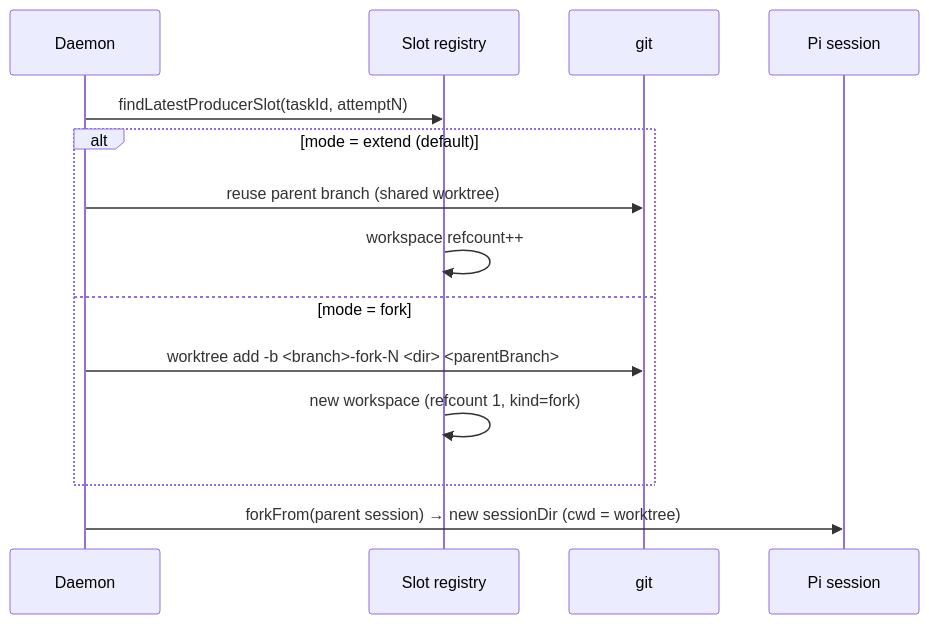
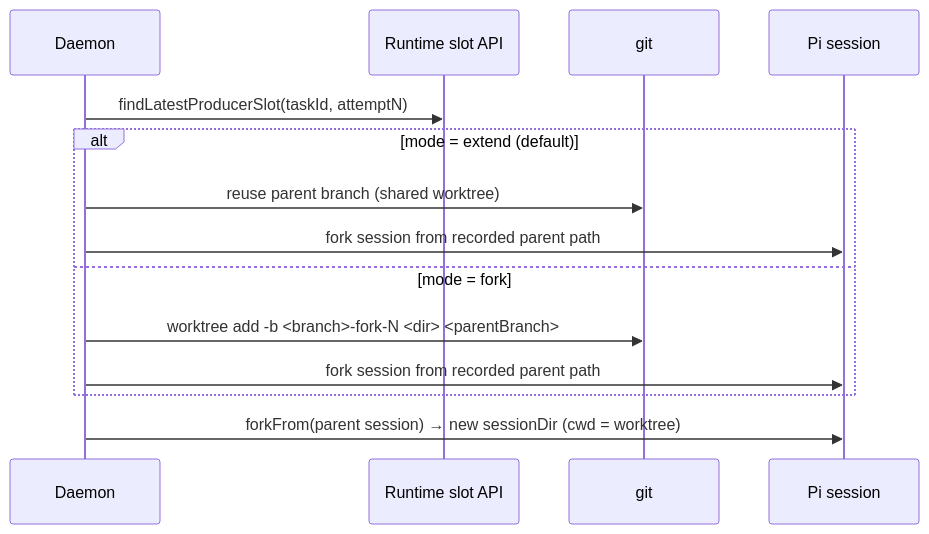
Diagram 12 of 15 in docs/understand/architecture.md (getlarge/themoltnet), drawn with Mermaid before and after one commit. The commit also changed other lines of this file and 44 other files, not shown here.

````diff
--- a/docs/understand/architecture.md
+++ b/docs/understand/architecture.md
@@ -882,16 +883,16 @@
 ```mermaid
 sequenceDiagram
     participant D as Daemon
-    participant R as Slot registry
+    participant R as Runtime slot API
     participant G as git
     participant Pi as Pi session
     D->>R: findLatestProducerSlot(taskId, attemptN)
     alt mode = extend (default)
         D->>G: reuse parent branch (shared worktree)
-        R->>R: workspace refcount++
+        D->>Pi: fork session from recorded parent path
     else mode = fork
         D->>G: worktree add -b <branch>-fork-N <dir> <parentBranch>
-        R->>R: new workspace (refcount 1, kind=fork)
+        D->>Pi: fork session from recorded parent path
     end
     D->>Pi: forkFrom(parent session) → new sessionDir (cwd = worktree)
 ```
````
